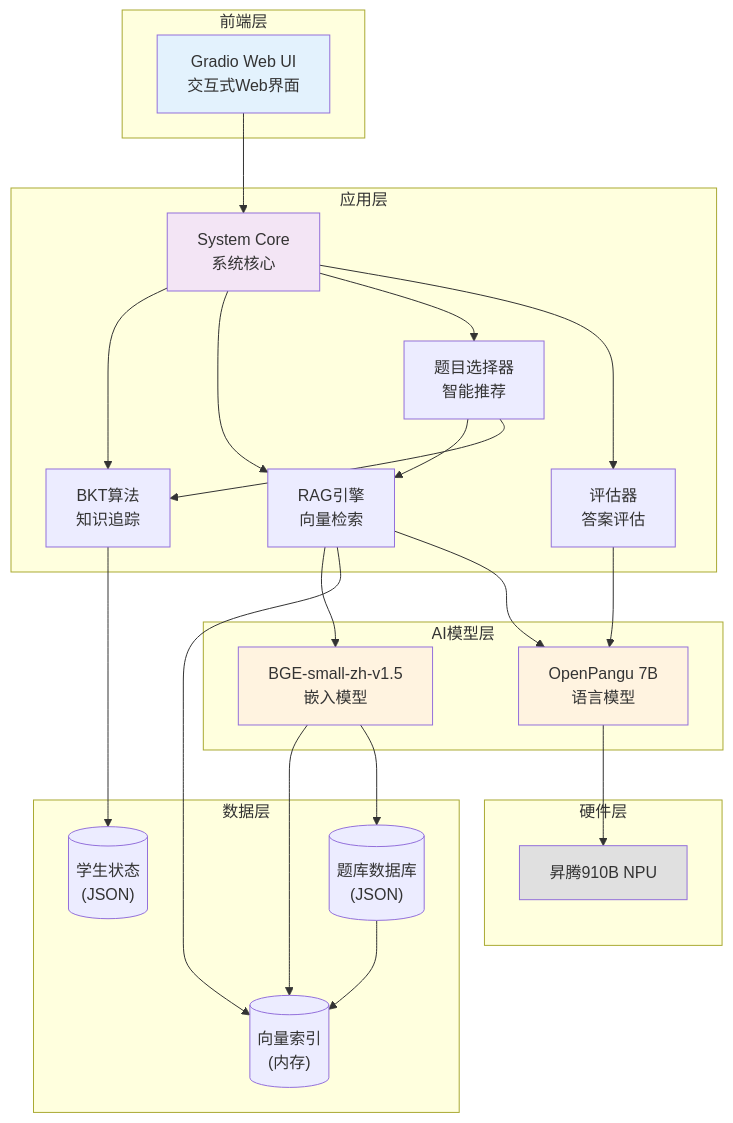
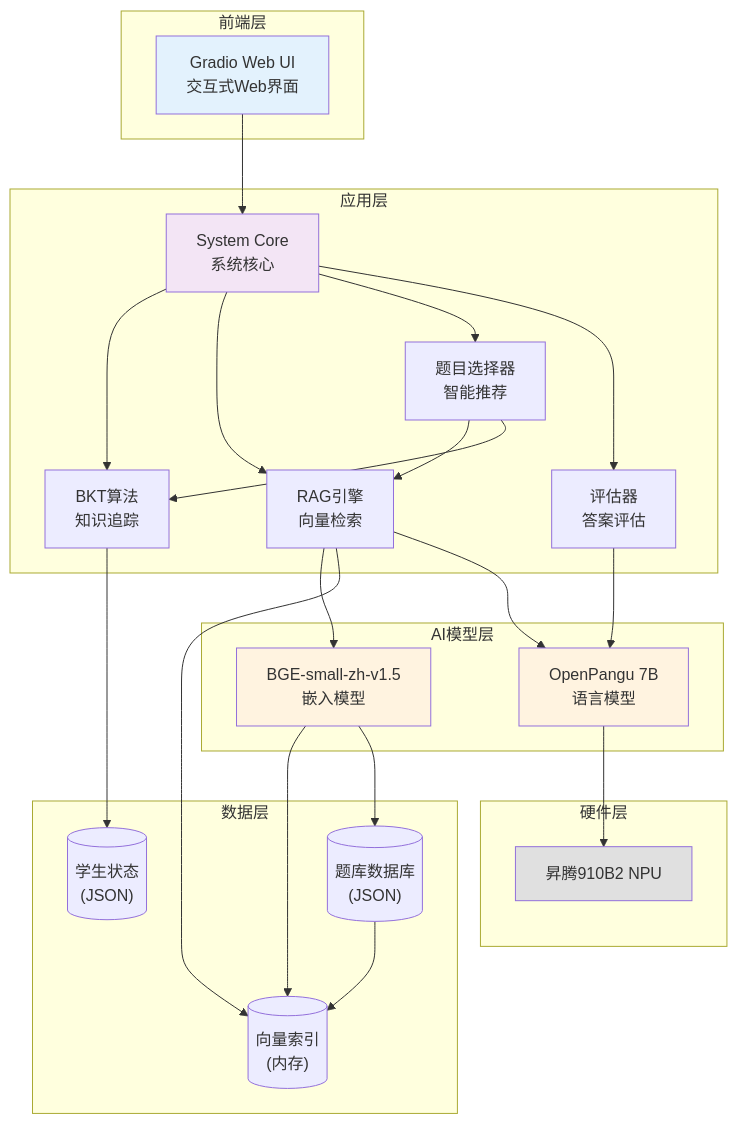
One commit to sribdcn/PersonalExam changed the first of 3 diagrams in README.md. Above: the diagram before and after it, drawn with Mermaid. The commit also changed other lines of this file and 3 other files, not shown here.

````diff
--- a/README.md
+++ b/README.md
@@ -61,55 +61,55 @@
 ```mermaid
 graph TB
     subgraph 前端层["前端层"]
         GradioUI["Gradio Web UI<br/>交互式Web界面"]
     end
     
     subgraph 应用层["应用层"]
         SystemCore["System Core<br/>系统核心"]
         BKT["BKT算法<br/>知识追踪"]
         RAG["RAG引擎<br/>向量检索"]
         Selector["题目选择器<br/>智能推荐"]
         Evaluator["评估器<br/>答案评估"]
     end
     
     subgraph AI模型层["AI模型层"]
         Pangu["OpenPangu 7B<br/>语言模型"]
         BGE["BGE-small-zh-v1.5<br/>嵌入模型"]
     end
     
     subgraph 数据层["数据层"]
         QuestionDB[("题库数据库<br/>(JSON)")]
         StudentState[("学生状态<br/>(JSON)")]
         VectorIndex[("向量索引<br/>(内存)")]
     end
     
     subgraph 硬件层["硬件层"]
-        NPU["昇腾910B NPU"]
+        NPU["昇腾910B2 NPU"]
     end
     
     GradioUI --> SystemCore
     SystemCore --> BKT
     SystemCore --> RAG
     SystemCore --> Selector
     SystemCore --> Evaluator
     
     BKT --> StudentState
     RAG --> BGE
     RAG --> VectorIndex
     RAG --> Pangu
     Selector --> RAG
     Selector --> BKT
     Evaluator --> Pangu
     
     BGE --> VectorIndex
     BGE --> QuestionDB
     Pangu --> NPU
     
     QuestionDB --> VectorIndex
     
     style GradioUI fill:#E3F2FD
     style SystemCore fill:#F3E5F5
     style Pangu fill:#FFF3E0
     style BGE fill:#FFF3E0
     style NPU fill:#E0E0E0
 ```
````
